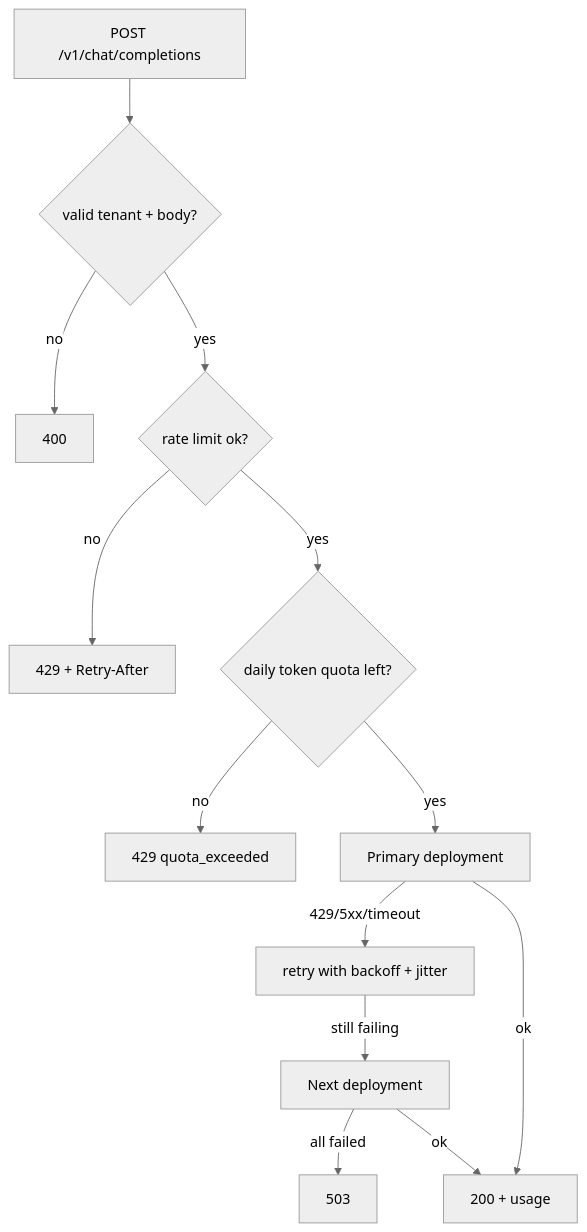
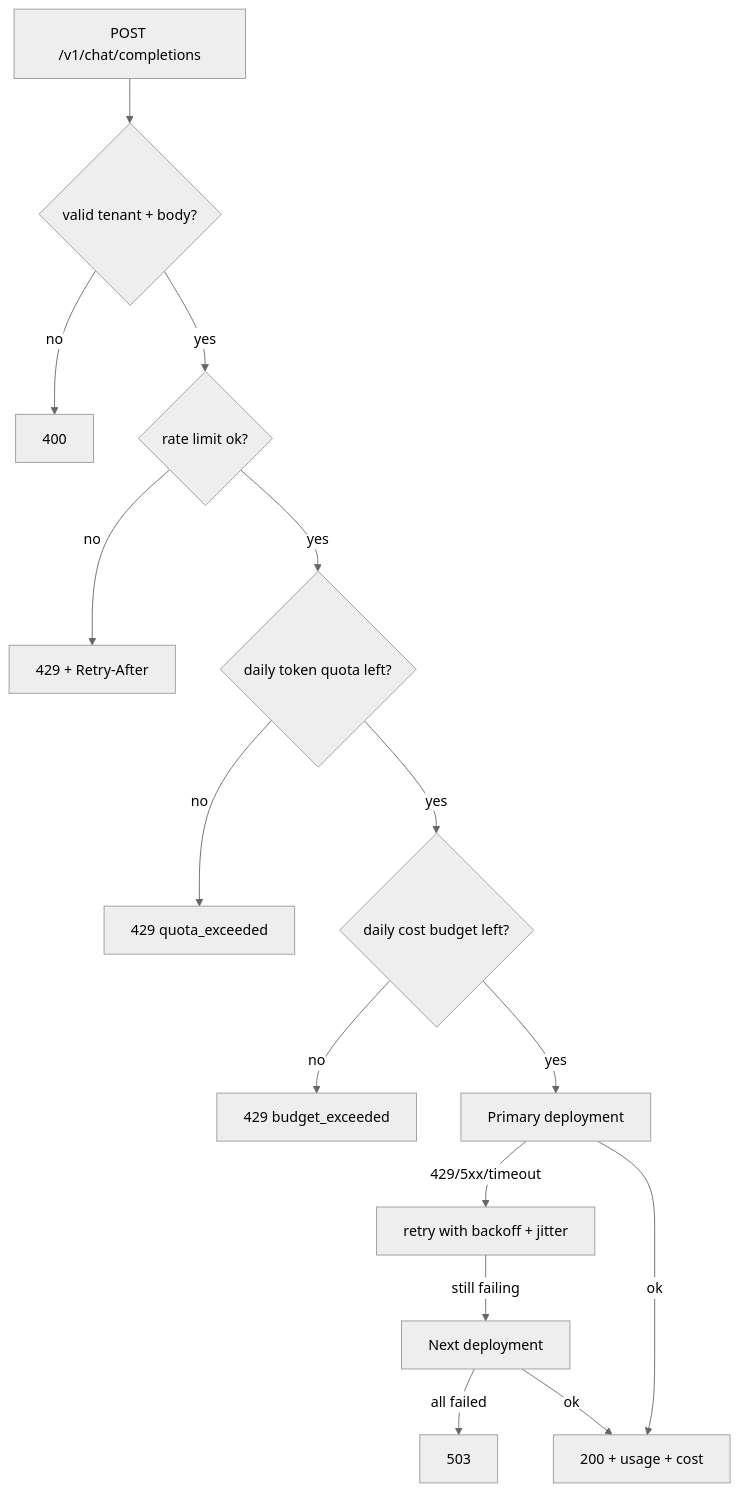
One commit to SwaroopManjunath/enterprise-genai-platform changed the diagram in apps/llm-gateway/README.md. Above: the diagram before and after it, drawn with Mermaid (neutral theme). The commit also changed other lines of this file and 6 other files, not shown here.

````diff
--- a/apps/llm-gateway/README.md
+++ b/apps/llm-gateway/README.md
@@ -8,15 +8,17 @@
 ```mermaid
 flowchart TD
     A[POST /v1/chat/completions] --> B{valid tenant + body?}
     B -- no --> E1[400]
     B -- yes --> C{rate limit ok?}
     C -- no --> E2[429 + Retry-After]
     C -- yes --> D{daily token quota left?}
     D -- no --> E3[429 quota_exceeded]
-    D -- yes --> P[Primary deployment]
+    D -- yes --> G{daily cost budget left?}
+    G -- no --> E5[429 budget_exceeded]
+    G -- yes --> P[Primary deployment]
     P -- 429/5xx/timeout --> R[retry with backoff + jitter]
     R -- still failing --> F[Next deployment]
     F -- all failed --> E4[503]
-    P -- ok --> OK[200 + usage]
+    P -- ok --> OK[200 + usage + cost]
     F -- ok --> OK
 ```
````
